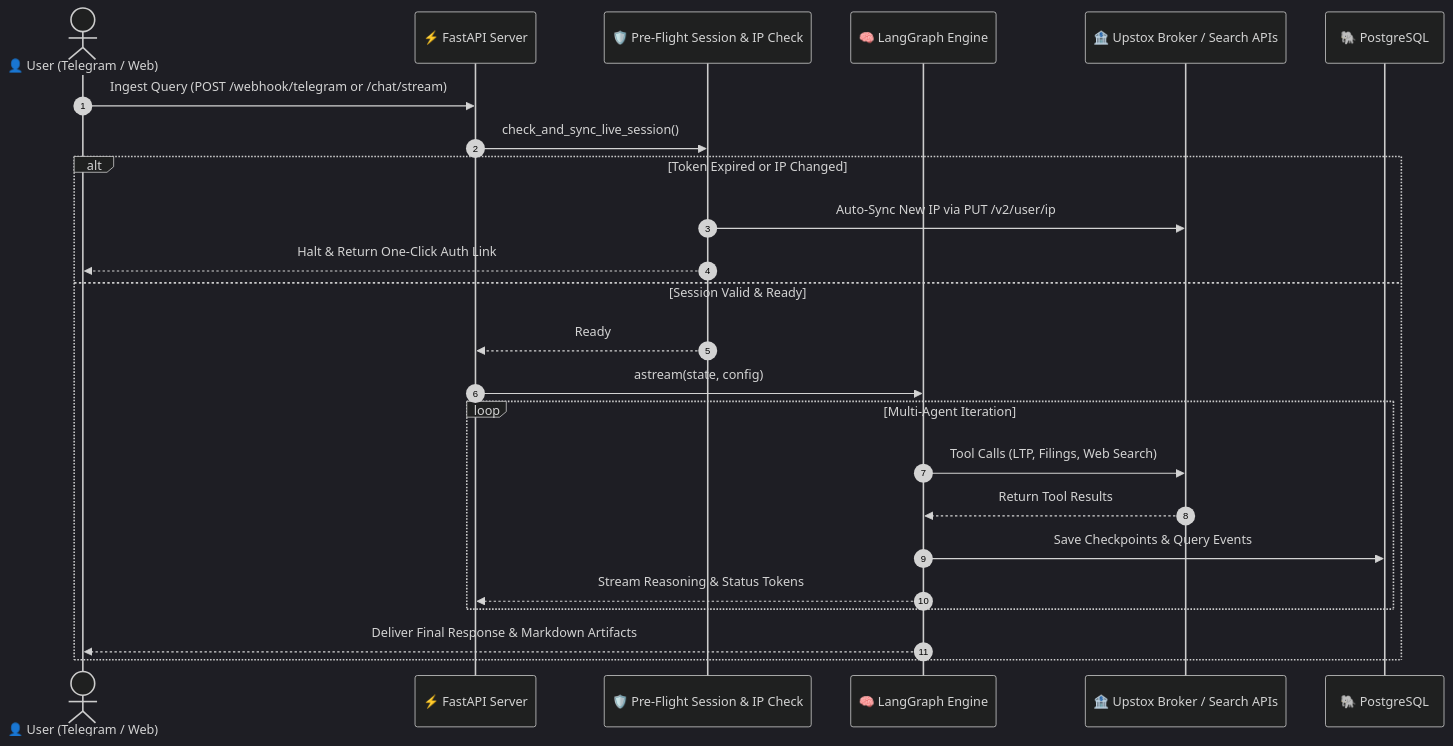
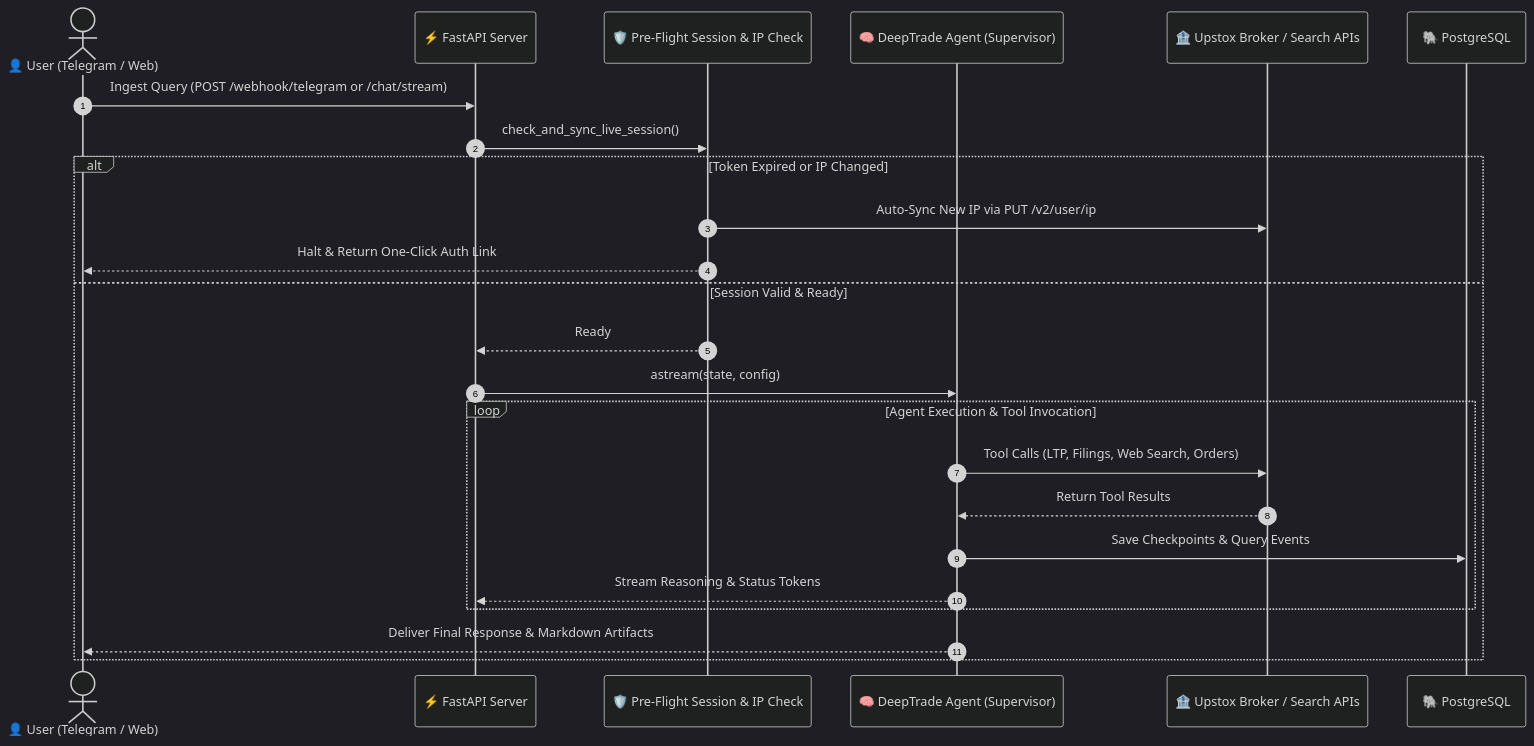
Before and after one commit to Anshu666666/deepTrade: the second of 4 diagrams in architecture_and_skills.md, drawn with Mermaid (dark theme). The commit also changed other lines of this file and 2 other files, not shown here.

Commit message:
docs: clarify single DeepAgent architecture with progressive skills and unified tools

````diff
--- a/architecture_and_skills.md
+++ b/architecture_and_skills.md
@@ -104,27 +88,27 @@
 ```mermaid
 sequenceDiagram
     autonumber
     actor User as 👤 User (Telegram / Web)
     participant Server as ⚡ FastAPI Server
     participant PreCheck as 🛡️ Pre-Flight Session & IP Check
-    participant Graph as 🧠 LangGraph Engine
+    participant Agent as 🧠 DeepTrade Agent (Supervisor)
     participant Broker as 🏦 Upstox Broker / Search APIs
     participant DB as 🐘 PostgreSQL
 
     User->>Server: Ingest Query (POST /webhook/telegram or /chat/stream)
     Server->>PreCheck: check_and_sync_live_session()
     alt Token Expired or IP Changed
         PreCheck->>Broker: Auto-Sync New IP via PUT /v2/user/ip
         PreCheck-->>User: Halt & Return One-Click Auth Link
     else Session Valid & Ready
         PreCheck-->>Server: Ready
-        Server->>Graph: astream(state, config)
-        loop Multi-Agent Iteration
-            Graph->>Broker: Tool Calls (LTP, Filings, Web Search)
-            Broker-->>Graph: Return Tool Results
-            Graph->>DB: Save Checkpoints & Query Events
-            Graph-->>Server: Stream Reasoning & Status Tokens
+        Server->>Agent: astream(state, config)
+        loop Agent Execution & Tool Invocation
+            Agent->>Broker: Tool Calls (LTP, Filings, Web Search, Orders)
+            Broker-->>Agent: Return Tool Results
+            Agent->>DB: Save Checkpoints & Query Events
+            Agent-->>Server: Stream Reasoning & Status Tokens
         end
-        Graph-->>User: Deliver Final Response & Markdown Artifacts
+        Agent-->>User: Deliver Final Response & Markdown Artifacts
     end
 ```
````
